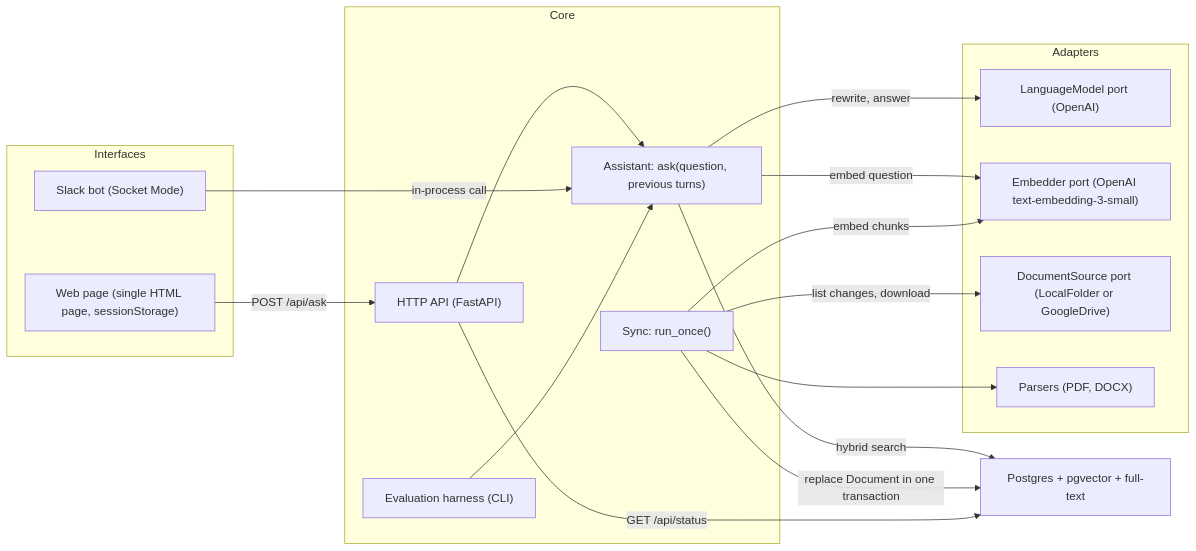
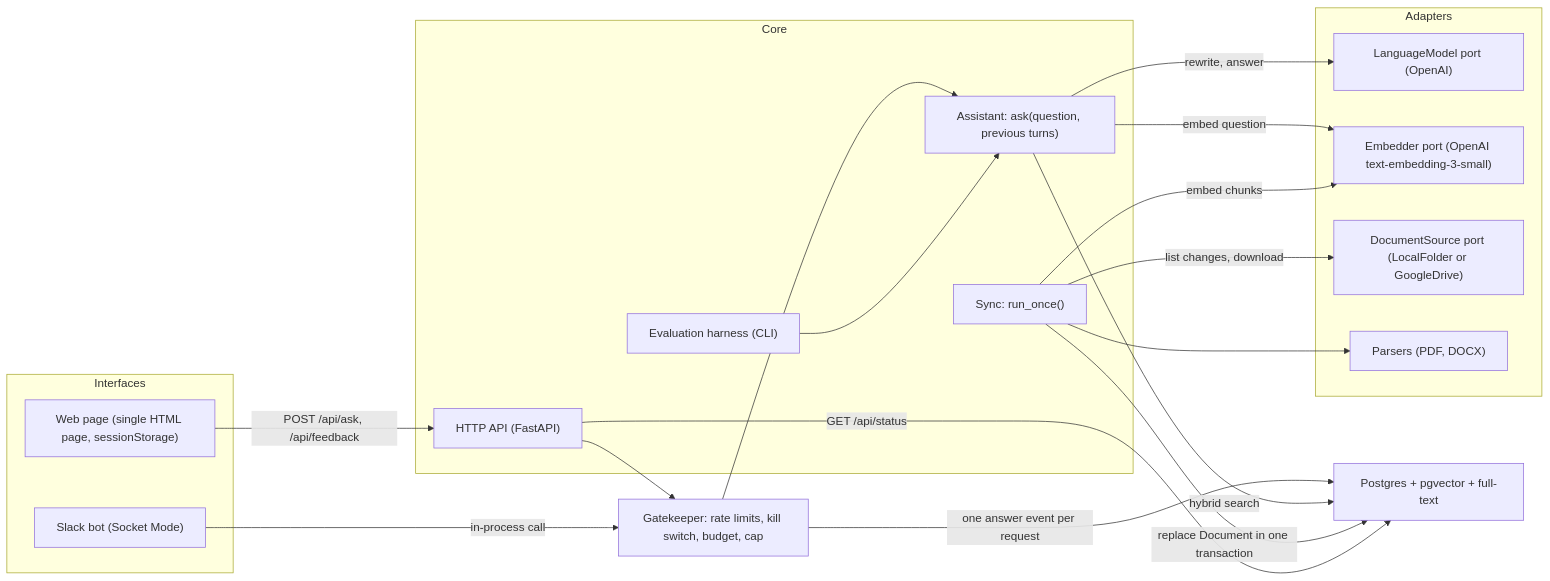
Before and after one commit to TayebKahia/grounded-docs: the first of 2 diagrams in README.md, drawn with Mermaid. The commit also changed other lines of this file and 6 other files, not shown here.

````diff
--- a/README.md
+++ b/README.md
@@ -50,33 +64,37 @@
 ```mermaid
 flowchart LR
     subgraph "Interfaces"
         WEB["Web page (single HTML page, sessionStorage)"]
         SLACK["Slack bot (Socket Mode)"]
     end
     subgraph "Core"
         API["HTTP API (FastAPI)"]
         ASSIST["Assistant: ask(question, previous turns)"]
         SYNC["Sync: run_once()"]
         EVAL["Evaluation harness (CLI)"]
     end
     subgraph "Adapters"
         LM["LanguageModel port (OpenAI)"]
         EMB["Embedder port (OpenAI text-embedding-3-small)"]
         SRC["DocumentSource port (LocalFolder or GoogleDrive)"]
         PARSE["Parsers (PDF, DOCX)"]
     end
     DB["Postgres + pgvector + full-text"]
 
-    WEB -->|"POST /api/ask"| API
-    API --> ASSIST
-    SLACK -->|"in-process call"| ASSIST
+    GATE["Gatekeeper: rate limits, kill switch, budget, cap"]
+
+    WEB -->|"POST /api/ask, /api/feedback"| API
+    API --> GATE
+    SLACK -->|"in-process call"| GATE
+    GATE --> ASSIST
+    GATE -->|"one answer event per request"| DB
     EVAL --> ASSIST
     ASSIST -->|"rewrite, answer"| LM
     ASSIST -->|"embed question"| EMB
     ASSIST -->|"hybrid search"| DB
     SYNC -->|"list changes, download"| SRC
     SYNC --> PARSE
     SYNC -->|"embed chunks"| EMB
     SYNC -->|"replace Document in one transaction"| DB
     API -->|"GET /api/status"| DB
 ```
````
